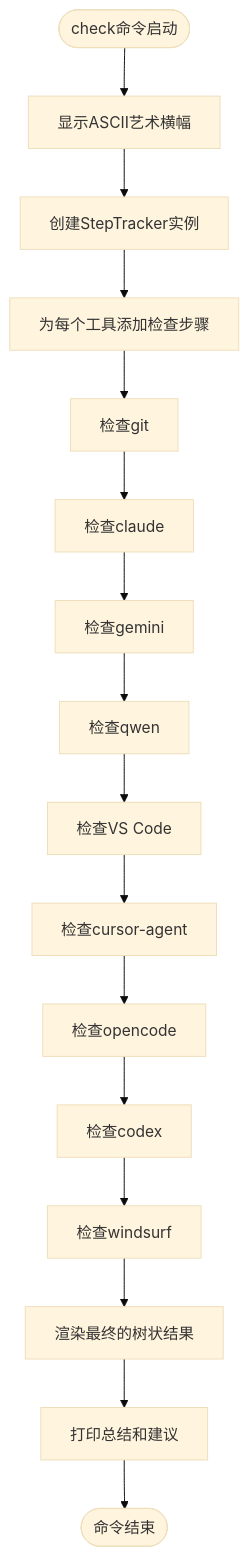
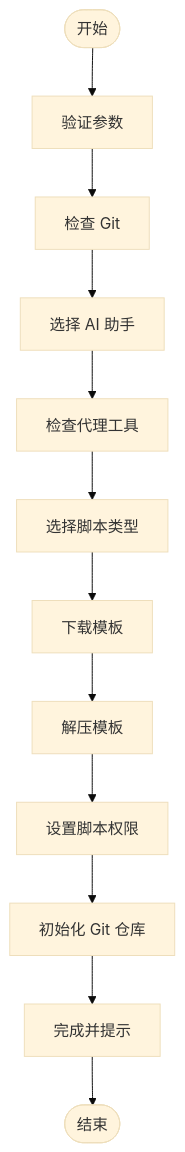
One commit to afanty2021/spec-kit changed the first of 2 diagrams in .qoder/repowiki/zh/content/CLI命令参考/CLI命令参考.md. Above: the diagram before and after it, drawn with Mermaid (base theme). The commit also changed other lines of this file and 51 other files, not shown here.

````diff
--- a/.qoder/repowiki/zh/content/CLI命令参考/CLI命令参考.md
+++ b/.qoder/repowiki/zh/content/CLI命令参考/CLI命令参考.md
@@ -168,18 +65,14 @@
 ```mermaid
 flowchart TD
-Start([check命令启动]) --> ShowBanner["显示ASCII艺术横幅"]
-ShowBanner --> CreateTracker["创建StepTracker实例"]
-CreateTracker --> AddSteps["为每个工具添加检查步骤"]
-AddSteps --> CheckGit["检查git"]
-CheckGit --> CheckClaude["检查claude"]
-CheckClaude --> CheckGemini["检查gemini"]
-CheckGemini --> CheckQwen["检查qwen"]
-CheckQwen --> CheckCode["检查VS Code"]
-CheckCode --> CheckCursor["检查cursor-agent"]
-CheckCursor --> CheckOpencode["检查opencode"]
-CheckOpencode --> CheckCodex["检查codex"]
-CheckCodex --> CheckWindsurf["检查windsurf"]
-CheckWindsurf --> RenderTree["渲染最终的树状结果"]
-RenderTree --> PrintSummary["打印总结和建议"]
-PrintSummary --> End([命令结束])
+Start([开始]) --> ValidateArgs["验证参数"]
+ValidateArgs --> CheckGit["检查 Git"]
+CheckGit --> SelectAI["选择 AI 助手"]
+SelectAI --> CheckAgent["检查代理工具"]
+CheckAgent --> SelectScript["选择脚本类型"]
+SelectScript --> Download["下载模板"]
+Download --> Extract["解压模板"]
+Extract --> SetPerm["设置脚本权限"]
+SetPerm --> InitGit["初始化 Git 仓库"]
+InitGit --> Complete["完成并提示"]
+Complete --> End([结束])
 ```
````
